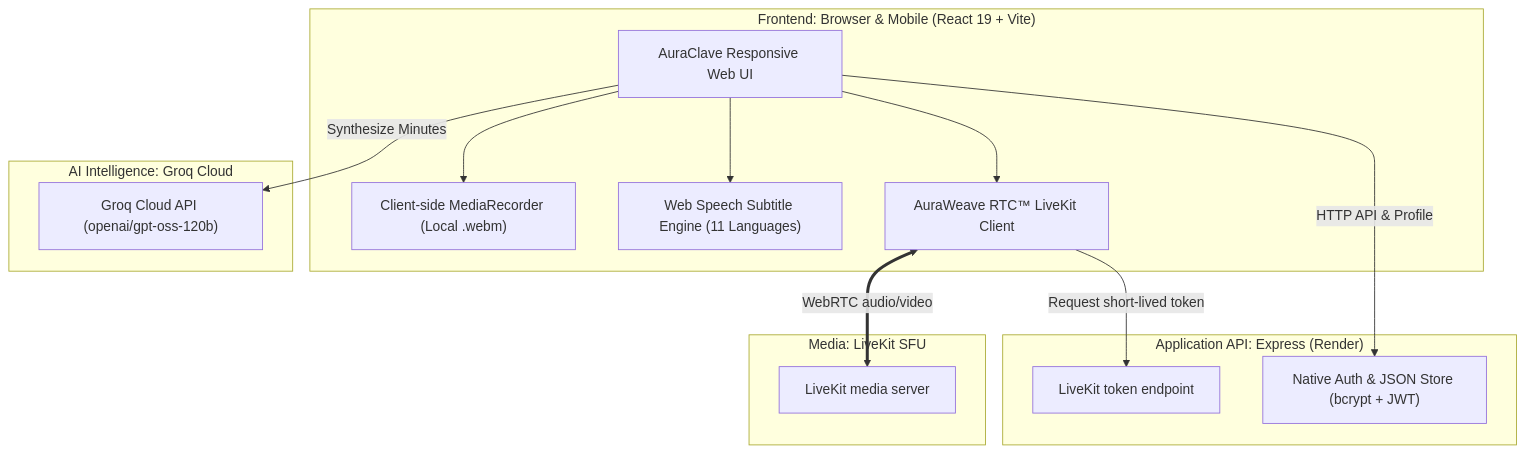
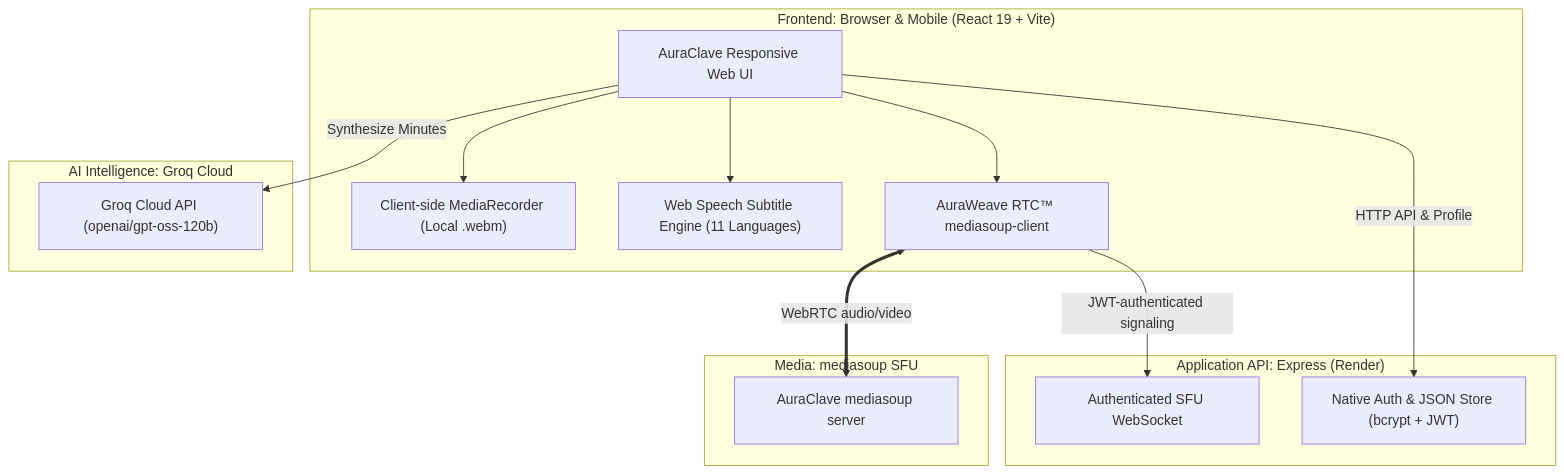
One commit to Nikhil1081/AuraClave changed the diagram in README.md. Above: the diagram before and after it, drawn with Mermaid. The commit also changed other lines of this file and 11 other files, not shown here.

Commit message:
feat: replace LiveKit with mediasoup SFU

````diff
--- a/README.md
+++ b/README.md
@@ -108,31 +107,31 @@
 ```mermaid
 flowchart TD
     subgraph ClientLayer ["Frontend: Browser & Mobile (React 19 + Vite)"]
         UI["AuraClave Responsive Web UI"]
         MediaRec["Client-side MediaRecorder (Local .webm)"]
         Speech["Web Speech Subtitle Engine (11 Languages)"]
-        AuraClient["AuraWeave RTC™ LiveKit Client"]
+        AuraClient["AuraWeave RTC™ mediasoup-client"]
     end
 
     subgraph SignalLayer ["Application API: Express (Render)"]
-        Token["LiveKit token endpoint"]
+        Token["Authenticated SFU WebSocket"]
         AuthDB["Native Auth & JSON Store (bcrypt + JWT)"]
     end
 
-    subgraph MediaLayer ["Media: LiveKit SFU"]
-        LiveKit["LiveKit media server"]
+    subgraph MediaLayer ["Media: mediasoup SFU"]
+        Sfu["AuraClave mediasoup server"]
     end
 
     subgraph AIEngine ["AI Intelligence: Groq Cloud"]
         Groq["Groq Cloud API (openai/gpt-oss-120b)"]
     end
 
     UI --> AuraClient
     UI --> Speech
     UI --> MediaRec
 
-    AuraClient <==>|"WebRTC audio/video"| LiveKit
-    AuraClient -->|"Request short-lived token"| Token
+    AuraClient <==>|"WebRTC audio/video"| Sfu
+    AuraClient -->|"JWT-authenticated signaling"| Token
     UI -->|"HTTP API & Profile"| AuthDB
     UI -->|"Synthesize Minutes"| Groq
 ```
````
